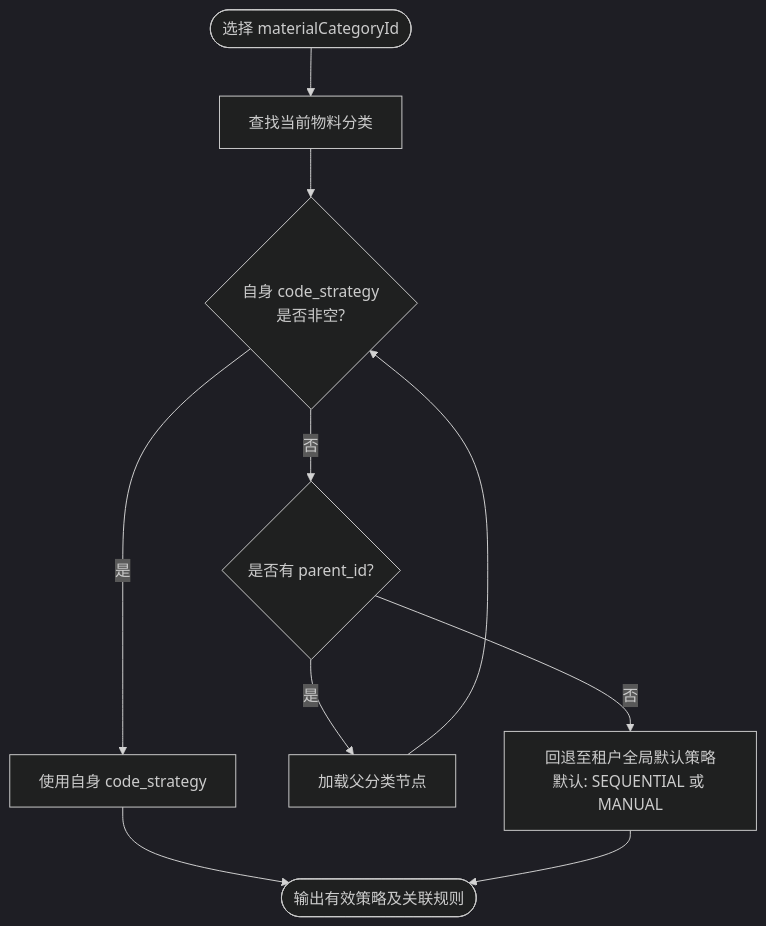
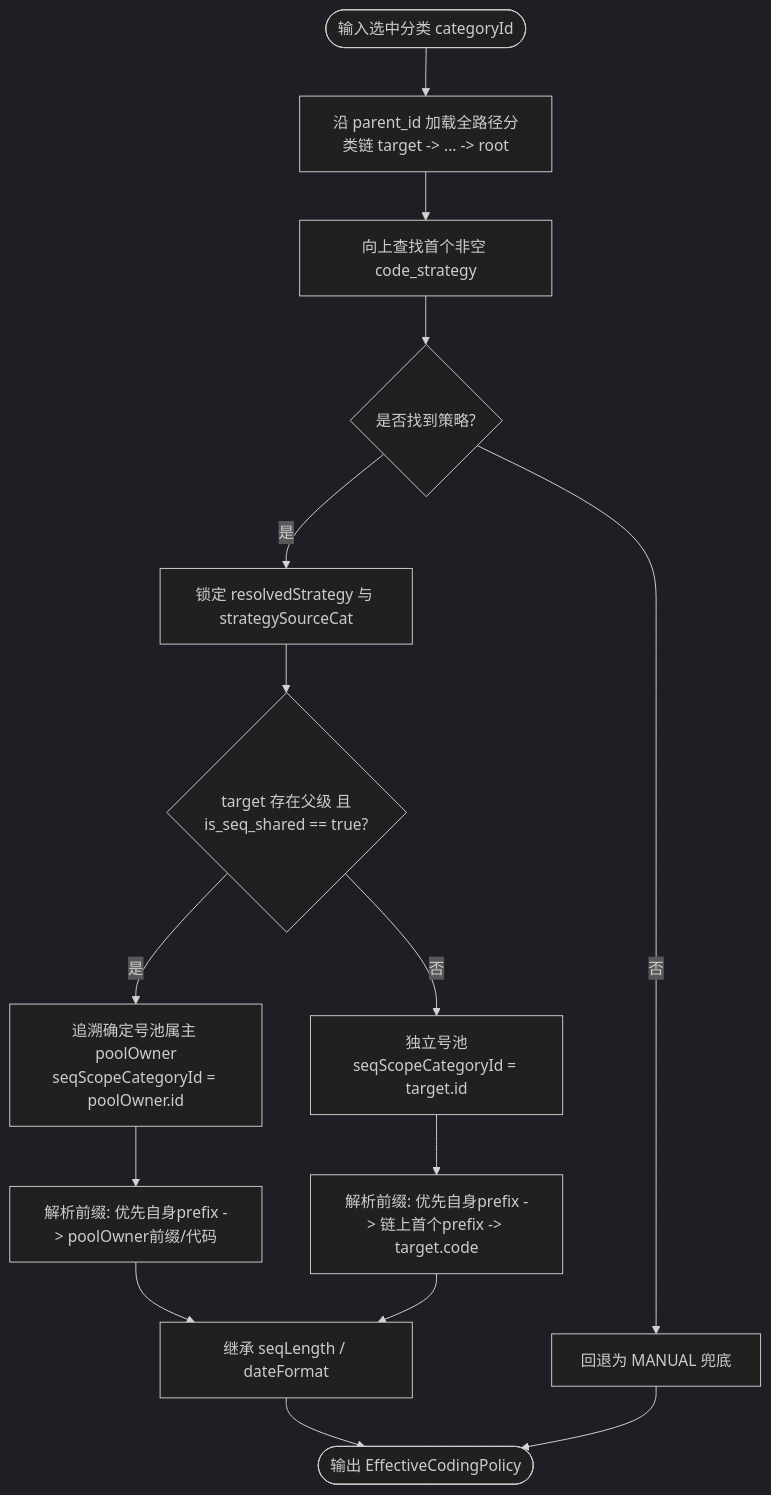
One commit to Micron818/lychee-doc changed the diagram in system_design/backend/chartExp/mm-refactor-v2/01-策略分析与选型.md. Above: the diagram before and after it, drawn with Mermaid (dark theme). The commit also changed other lines of this file and 4 other files, not shown here.

Commit message:
refactor: enhance material category coding strategy and sequence management; update schema design, documentation, and implement comprehensive lifecycle operations for material management

````diff
--- a/system_design/backend/chartExp/mm-refactor-v2/01-策略分析与选型.md
+++ b/system_design/backend/chartExp/mm-refactor-v2/01-策略分析与选型.md
@@ -95,16 +111,20 @@
 ```mermaid
 flowchart TD
-    Start([选择 materialCategoryId]) --> FindCat[查找当前物料分类]
-    FindCat --> HasStrategy{自身 code_strategy<br/>是否非空?}
+    Start([输入选中分类 categoryId]) --> LoadChain[沿 parent_id 加载全路径分类链 target -> ... -> root]
+    LoadChain --> ResolveStrategy[向上查找首个非空 code_strategy]
+    ResolveStrategy --> HasStrategy{是否找到策略?}
+    HasStrategy -- 是 --> SetStrategy[锁定 resolvedStrategy 与 strategySourceCat]
+    HasStrategy -- 否 --> DefaultStrategy[回退为 MANUAL 兜底]
     
-    HasStrategy -- 是 --> UseSelf[使用自身 code_strategy]
-    HasStrategy -- 否 --> HasParent{是否有 parent_id?}
+    SetStrategy --> CheckShared{target 存在父级 且<br/>is_seq_shared == true?}
+    CheckShared -- 是 --> FindPoolOwner[追溯确定号池属主 poolOwner<br/>seqScopeCategoryId = poolOwner.id]
+    CheckShared -- 否 --> SelfPool[独立号池<br/>seqScopeCategoryId = target.id]
     
-    HasParent -- 是 --> LoadParent[加载父分类节点]
-    LoadParent --> HasStrategy
+    FindPoolOwner --> ResolveParams[解析前缀: 优先自身prefix -> poolOwner前缀/代码]
+    SelfPool --> ResolveParamsSelf[解析前缀: 优先自身prefix -> 链上首个prefix -> target.code]
     
-    HasParent -- 否 --> Fallback[回退至租户全局默认策略<br/>默认: SEQUENTIAL 或 MANUAL]
-    
-    UseSelf --> End([输出有效策略及关联规则])
-    Fallback --> End
+    ResolveParams --> ResolveOther[继承 seqLength / dateFormat]
+    ResolveParamsSelf --> ResolveOther
+    ResolveOther --> BuildResult([输出 EffectiveCodingPolicy])
+    DefaultStrategy --> BuildResult
 ```
````
